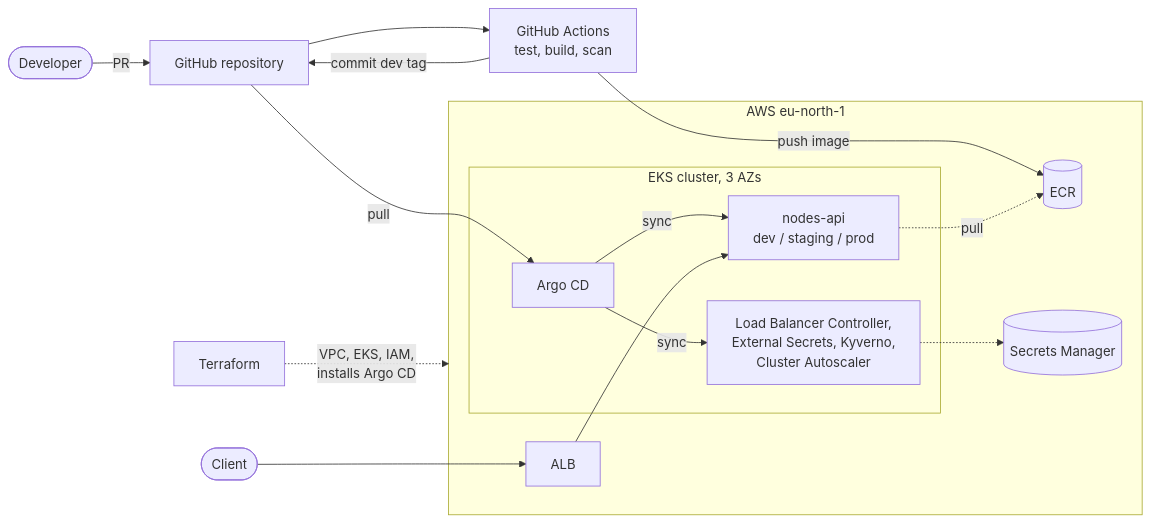
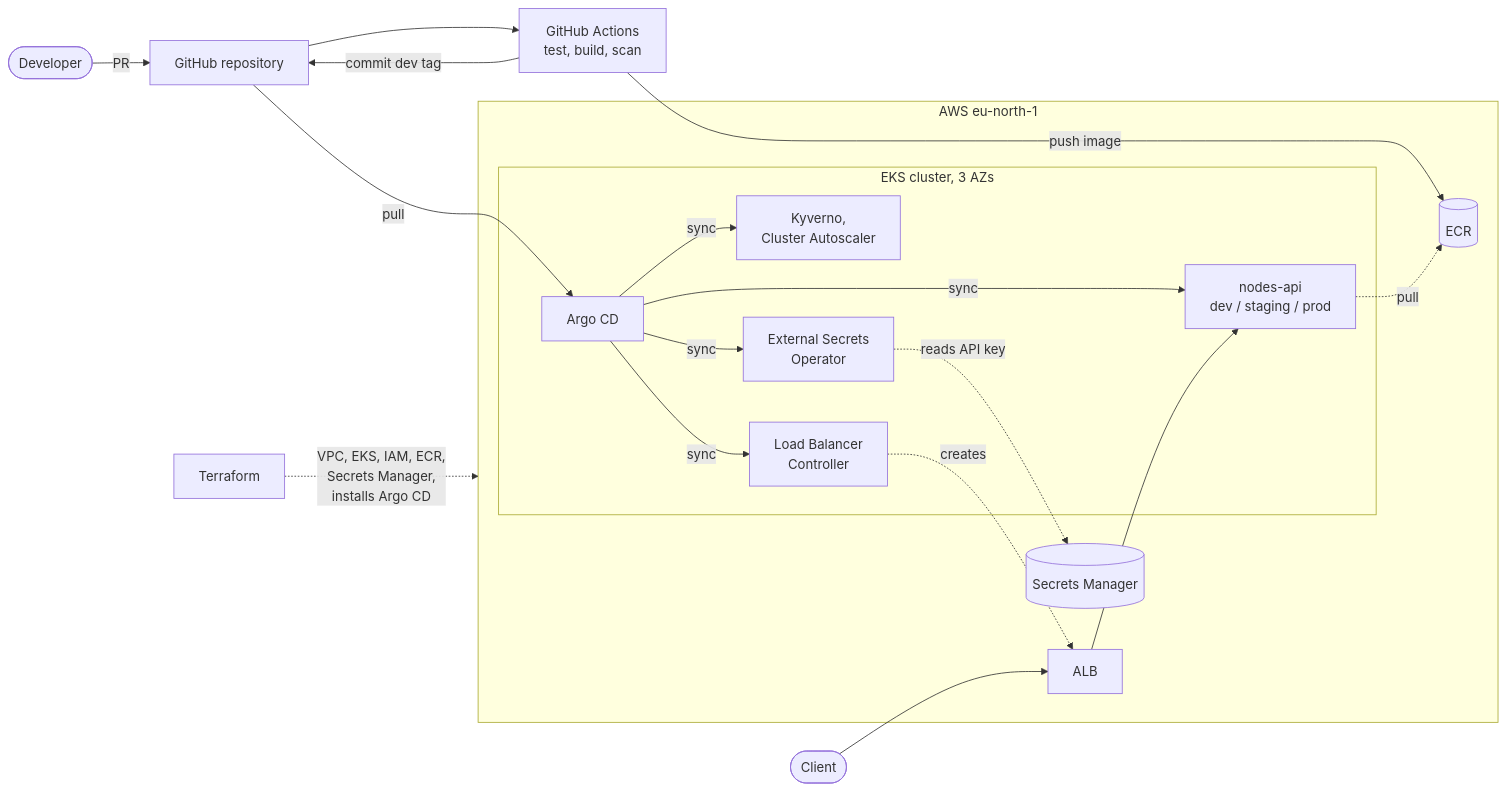
Before and after one commit to ofirtasa/kubernetes-gitops-platform: the diagram in README.md, drawn with Mermaid.

Commit message:
Show which add-on talks to the ALB and Secrets Manager in the README diagram
The add-ons box had one arrow to Secrets Manager, although only External
Secrets Operator reads it, and nothing showed the Load Balancer Controller
creating the ALB. Terraform's label now also lists ECR and Secrets Manager.

````diff
--- a/README.md
+++ b/README.md
@@ -9,21 +9,24 @@
 ```mermaid
 flowchart LR
     dev([Developer]) -->|PR| git[GitHub repository]
     git --> ci[GitHub Actions<br/>test, build, scan]
     ci -->|push image| ecr[(ECR)]
     ci -->|commit dev tag| git
     git -->|pull| argo
 
     subgraph aws["AWS eu-north-1"]
         subgraph eks["EKS cluster, 3 AZs"]
             argo[Argo CD] -->|sync| envs[nodes-api<br/>dev / staging / prod]
-            argo -->|sync| addons[Load Balancer Controller,<br/>External Secrets, Kyverno,<br/>Cluster Autoscaler]
+            argo -->|sync| addons[Kyverno,<br/>Cluster Autoscaler]
+            argo -->|sync| lbc[Load Balancer<br/>Controller]
+            argo -->|sync| eso[External Secrets<br/>Operator]
         end
         alb[ALB] --> envs
-        addons -.-> sm[(Secrets Manager)]
+        lbc -.->|creates| alb
+        eso -.->|reads API key| sm[(Secrets Manager)]
         envs -.->|pull| ecr
     end
 
     user([Client]) --> alb
-    tf[Terraform] -.->|VPC, EKS, IAM,<br/>installs Argo CD| aws
+    tf[Terraform] -.->|VPC, EKS, IAM, ECR,<br/>Secrets Manager,<br/>installs Argo CD| aws
 ```
````
